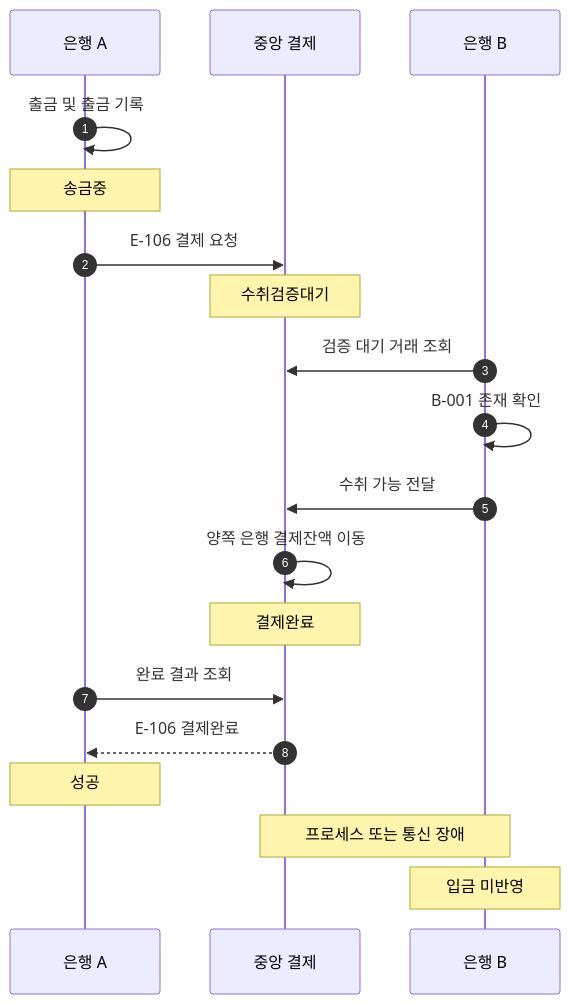
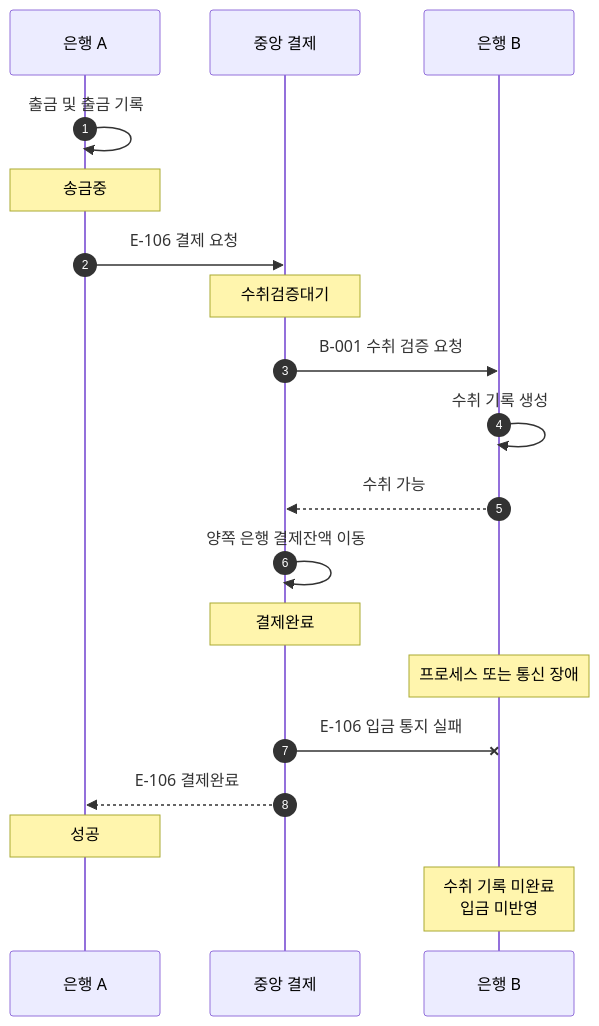
One commit to 2jun0/financial-system-backend changed the diagram in docs/scenarios/S-008_결제완료_후_수취_입금_반영_지연.md. Above: the diagram before and after it, drawn with Mermaid. The commit also changed other lines of this file and 9 other files, not shown here.

````diff
--- a/docs/scenarios/S-008_결제완료_후_수취_입금_반영_지연.md
+++ b/docs/scenarios/S-008_결제완료_후_수취_입금_반영_지연.md
@@ -28,22 +26,22 @@
 ```mermaid
 sequenceDiagram
     autonumber
     participant A as 은행 A
     participant C as 중앙 결제
     participant B as 은행 B
 
     A->>A: 출금 및 출금 기록
     Note over A: 송금중
     A->>C: E-106 결제 요청
     Note over C: 수취검증대기
-    B->>C: 검증 대기 거래 조회
-    B->>B: B-001 존재 확인
-    B->>C: 수취 가능 전달
+    C->>B: B-001 수취 검증 요청
+    B->>B: 수취 기록 생성
+    B-->>C: 수취 가능
     C->>C: 양쪽 은행 결제잔액 이동
     Note over C: 결제완료
-    A->>C: 완료 결과 조회
+    Note over B: 프로세스 또는 통신 장애
+    C-xB: E-106 입금 통지 실패
     C-->>A: E-106 결제완료
     Note over A: 성공
-    Note over B,C: 프로세스 또는 통신 장애
-    Note over B: 입금 미반영
+    Note over B: 수취 기록 미완료<br/>입금 미반영
 ```
````
